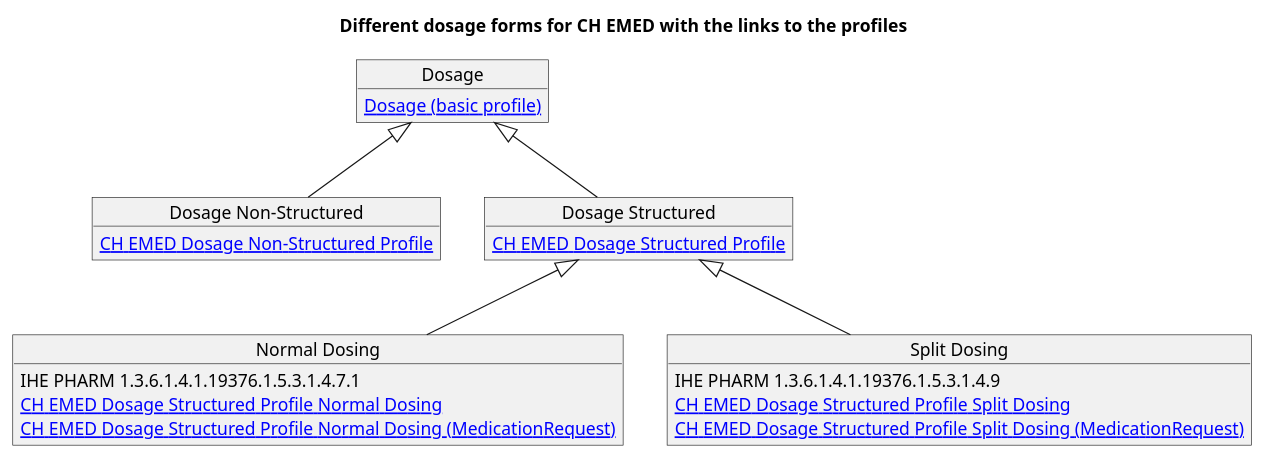
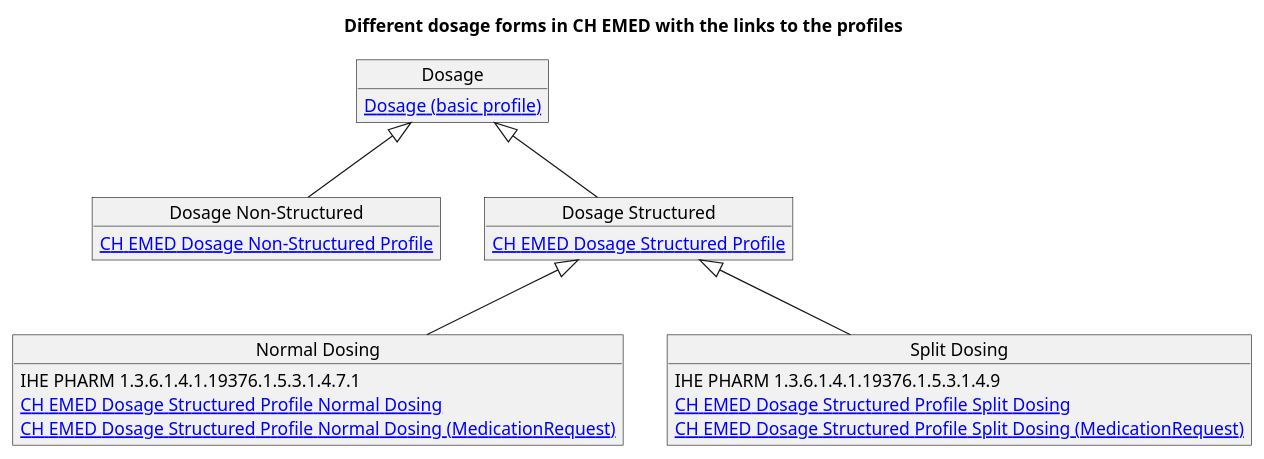
The diagram in input/images-source/dosage.plantuml (hl7ch/ch-emed), drawn with PlantUML before and after one commit. The commit also changed 1 other file, not shown here.

```diff
--- a/input/images-source/dosage.plantuml
+++ b/input/images-source/dosage.plantuml
@@ -1,30 +1,30 @@
 @startuml
 
 skinparam svgDimensionStyle false
-title Different dosage forms for CH EMED with the links to the profiles
+title Different dosage forms in CH EMED with the links to the profiles
 
 object "Dosage" as dosage {
   [[http://hl7.org/fhir/StructureDefinition/Dosage Dosage (basic profile)]]
 }
 object "Dosage Non-Structured" as dosagenonstructured {
   [[StructureDefinition-ch-emed-dosage-nonstructured.html CH EMED Dosage Non-Structured Profile]]
 }
 object "Dosage Structured" as dosagestructured {
   [[StructureDefinition-ch-emed-dosage-structured.html CH EMED Dosage Structured Profile]]
 }
 object "Normal Dosing" as dosagestructurednormal {
   IHE PHARM 1.3.6.1.4.1.19376.1.5.3.1.4.7.1
   [[StructureDefinition-ch-emed-dosage-structured-normal.html CH EMED Dosage Structured Profile Normal Dosing]]
   [[StructureDefinition-ch-emed-dosage-structured-normal-medicationrequest.html CH EMED Dosage Structured Profile Normal Dosing (MedicationRequest)]]
 }
 object "Split Dosing" as dosagestructuredsplit {
   IHE PHARM 1.3.6.1.4.1.19376.1.5.3.1.4.9
   [[StructureDefinition-ch-emed-dosage-structured-split.html CH EMED Dosage Structured Profile Split Dosing]]
   [[StructureDefinition-ch-emed-dosage-structured-split-medicationrequest.html CH EMED Dosage Structured Profile Split Dosing (MedicationRequest)]]
 }
 
 dosage <|-- dosagenonstructured
 dosage <|-- dosagestructured
 dosagestructured <|-- dosagestructurednormal
 dosagestructured <|-- dosagestructuredsplit
 @enduml
```
